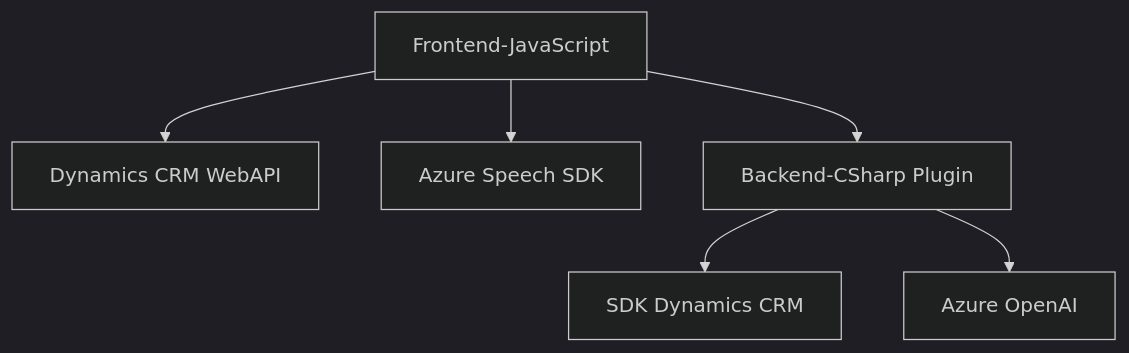
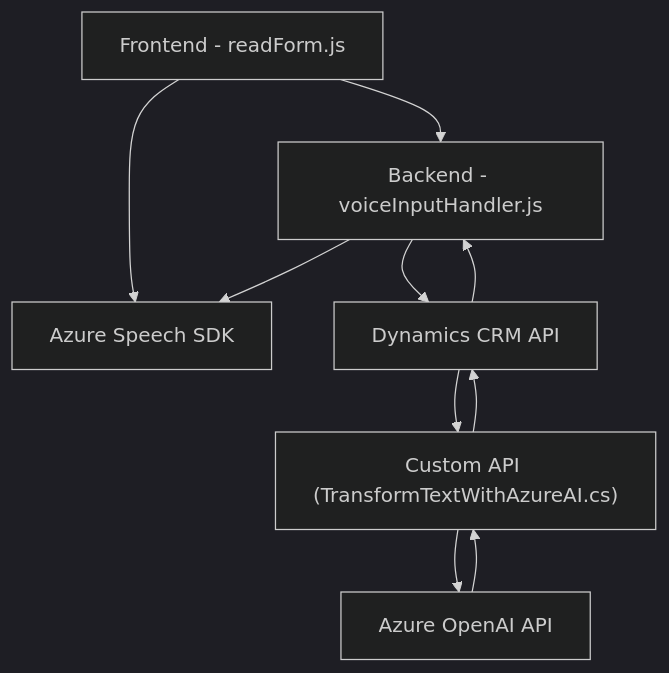
One commit to blopezdm/NETCORE_BILBAO2025 changed the diagram in README.md. Above: the diagram before and after it, drawn with Mermaid (dark theme). The commit also changed other lines of this file, not shown here.

````diff
--- a/README.md
+++ b/README.md
@@ -44,15 +48,19 @@
 ```mermaid
 graph TD
-    A["Frontend-JavaScript"]
-    B["Dynamics CRM WebAPI"]
-    C["SDK Dynamics CRM"]
-    D["Azure Speech SDK"]
-    E["Azure OpenAI"]
-    F["Backend-CSharp Plugin"]
+    A["Frontend - readForm.js"]
+    B["Azure Speech SDK"]
+    C["Backend - voiceInputHandler.js"]
+    D["Dynamics CRM API"]
+    E["Custom API (TransformTextWithAzureAI.cs)"]
+    F["Azure OpenAI API"]
 
     A --> B
-    A --> D
-    A --> F
-    F --> C
+    A --> C
+    C --> B
+    C --> D
+    D --> E
+    E --> F
     F --> E
+    E --> D
+    D --> C
 ```
````
